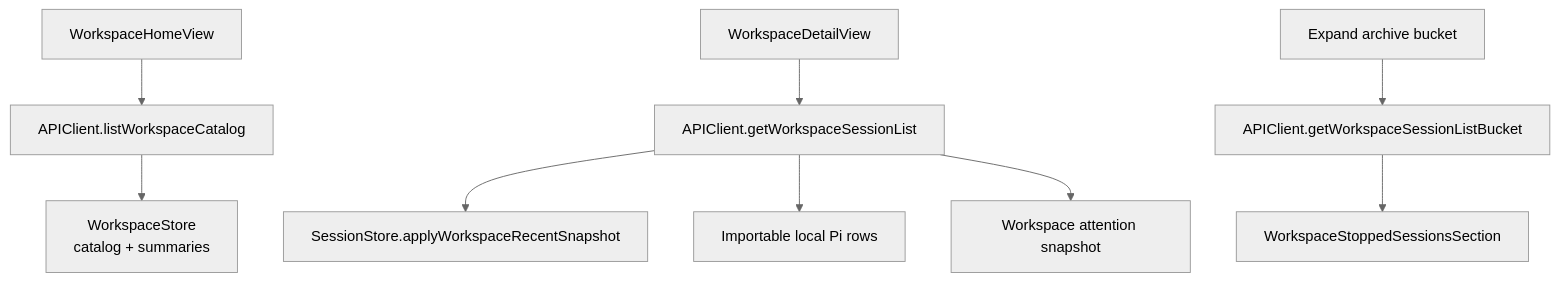
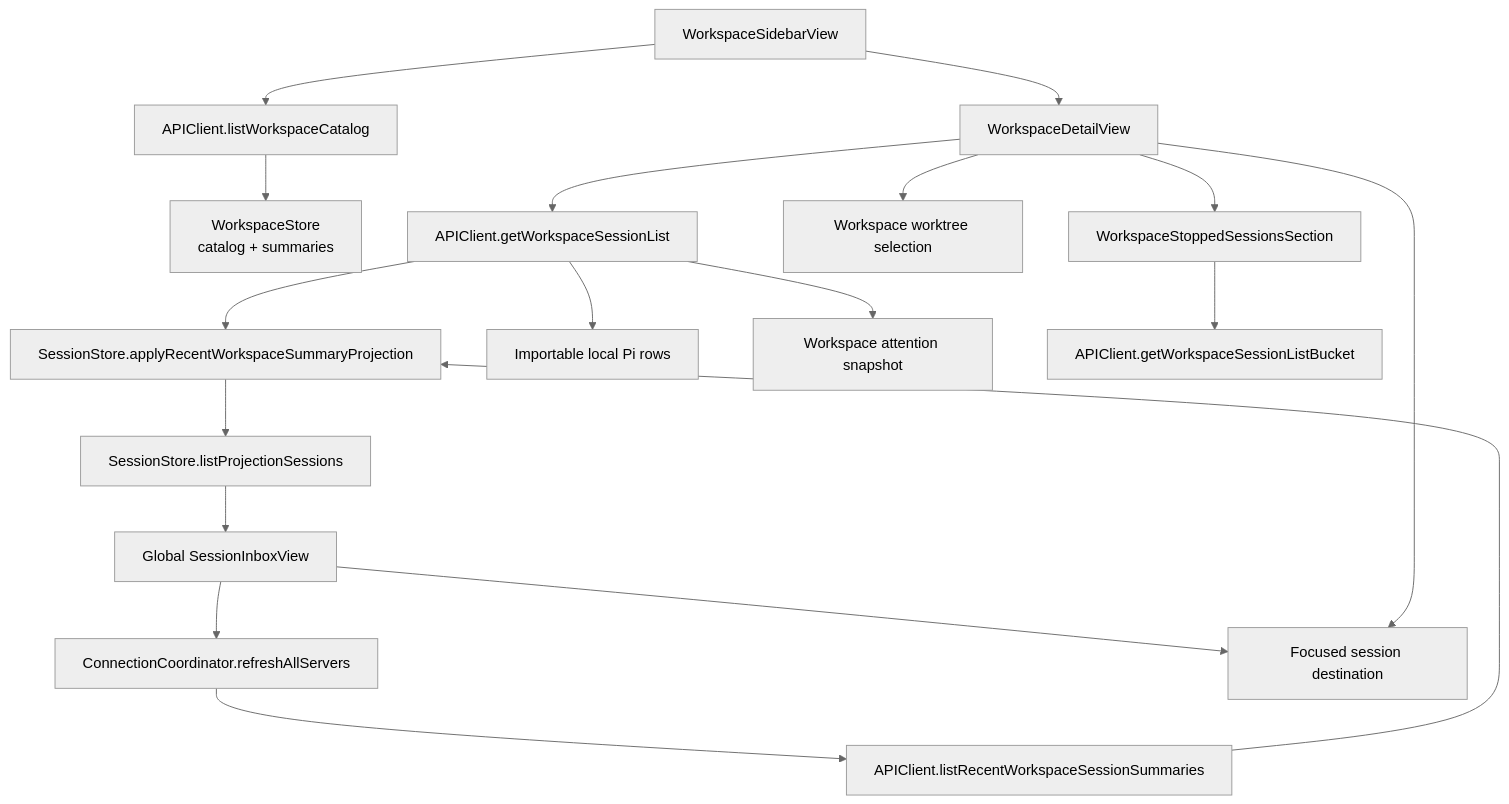
Before and after one commit to duh17/oppi: the third of 4 diagrams in docs/architecture-client.md, drawn with Mermaid (neutral theme). The commit also changed other lines of this file and 14 other files, not shown here.

First line of the commit message:
feat: add sessions-first workspace navigation

````diff
--- a/docs/architecture-client.md
+++ b/docs/architecture-client.md
@@ -141,13 +146,23 @@
 ```mermaid
 graph TD
-  Home[WorkspaceHomeView] --> SummaryAPI[APIClient.listWorkspaceCatalog]
-  SummaryAPI --> WorkspaceStore[WorkspaceStore<br/>catalog + summaries]
+  Sidebar[WorkspaceSidebarView] --> CatalogAPI[APIClient.listWorkspaceCatalog]
+  CatalogAPI --> WorkspaceStore[WorkspaceStore<br/>catalog + summaries]
 
-  Detail[WorkspaceDetailView] --> RecentAPI[APIClient.getWorkspaceSessionList]
-  RecentAPI --> SessionStore[SessionStore.applyWorkspaceRecentSnapshot]
-  RecentAPI --> LocalRows[Importable local Pi rows]
-  RecentAPI --> Attention[Workspace attention snapshot]
+  Inbox[Global SessionInboxView] --> Refresh[ConnectionCoordinator.refreshAllServers]
+  Refresh --> RecentAPI[APIClient.listRecentWorkspaceSessionSummaries]
+  RecentAPI --> SessionStore[SessionStore.applyRecentWorkspaceSummaryProjection]
+  SessionStore --> Projection[SessionStore.listProjectionSessions]
+  Projection --> Inbox
 
-  Expand[Expand archive bucket] --> BucketAPI[APIClient.getWorkspaceSessionListBucket]
-  BucketAPI --> Archive[WorkspaceStoppedSessionsSection]
+  Sidebar --> Detail[WorkspaceDetailView]
+  Detail --> WorkspaceAPI[APIClient.getWorkspaceSessionList]
+  WorkspaceAPI --> SessionStore
+  WorkspaceAPI --> LocalRows[Importable local Pi rows]
+  WorkspaceAPI --> Attention[Workspace attention snapshot]
+  Detail --> Worktrees[Workspace worktree selection]
+  Detail --> Stopped[WorkspaceStoppedSessionsSection]
+  Stopped --> BucketAPI[APIClient.getWorkspaceSessionListBucket]
+
+  Inbox --> Chat[Focused session destination]
+  Detail --> Chat
 ```
````
